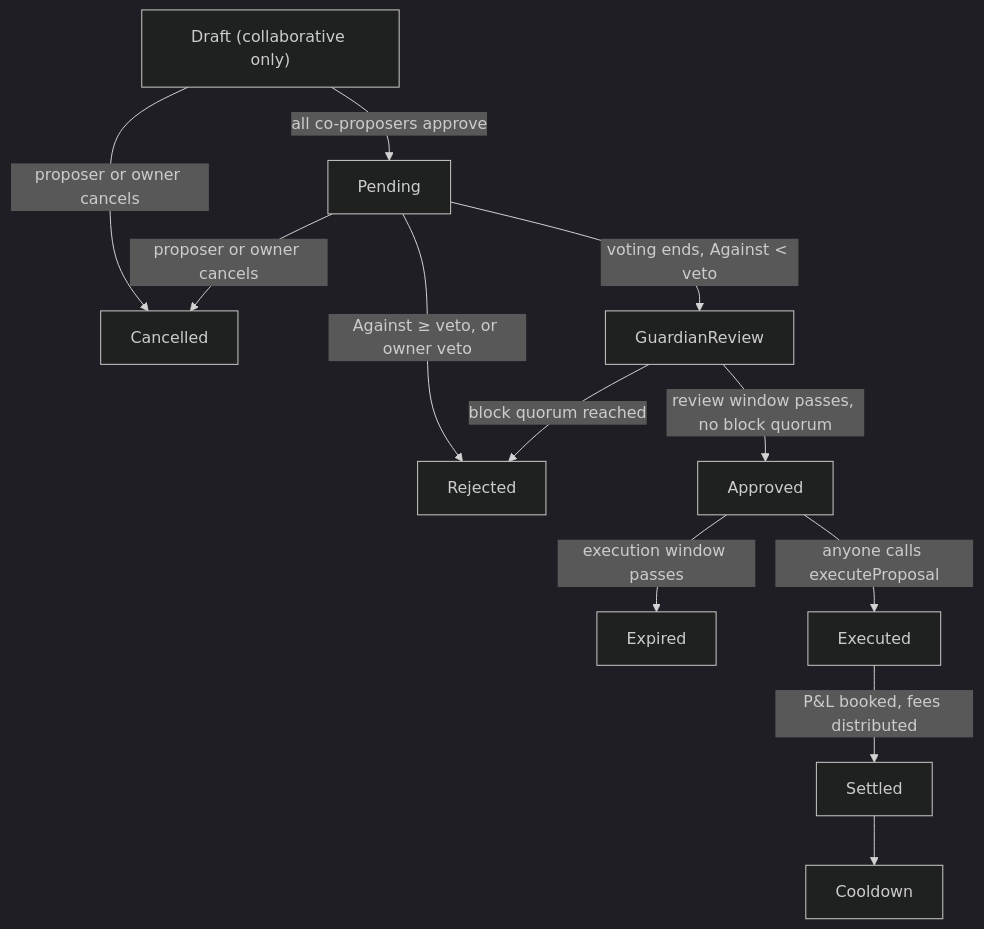
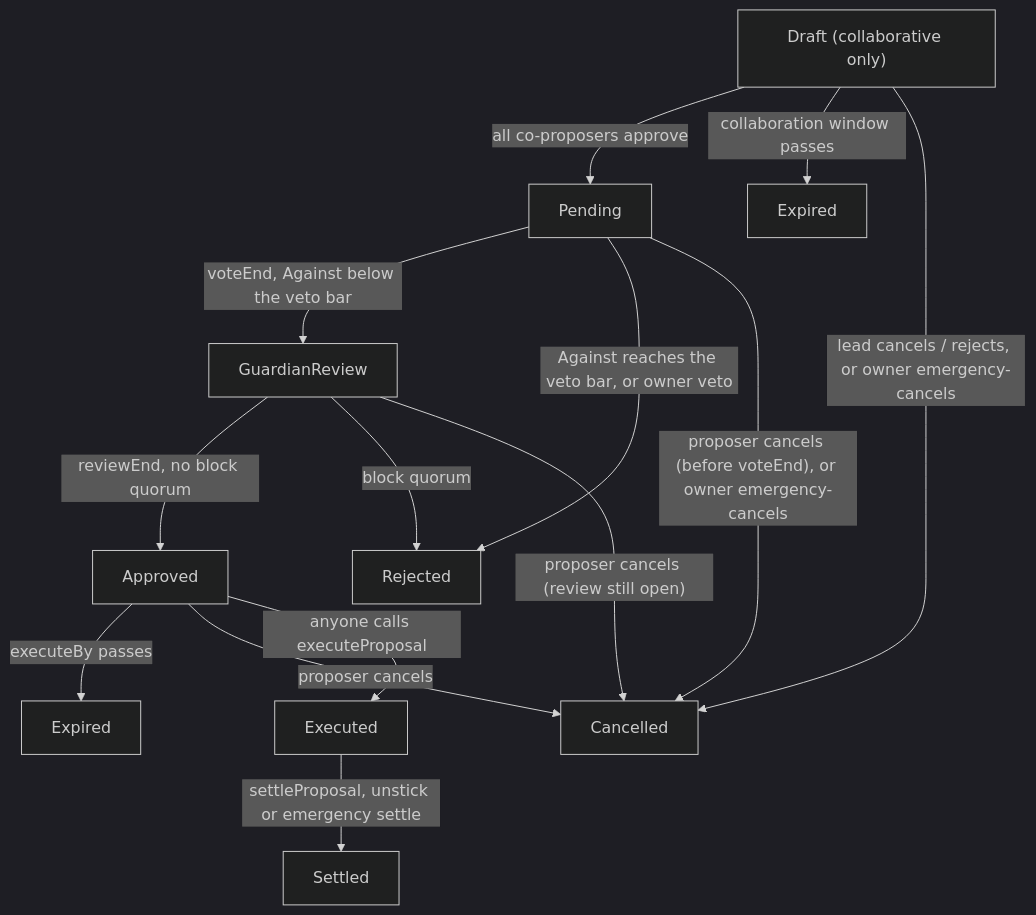
One commit to sherwoodagent/mintlify-docs changed the diagram in protocol/governance/overview.mdx. Above: the diagram before and after it, drawn with Mermaid (dark theme). The commit also changed other lines of this file and 15 other files, not shown here.

````diff
--- a/protocol/governance/overview.mdx
+++ b/protocol/governance/overview.mdx
@@ -116,14 +146,16 @@
 ```mermaid
 graph TD
     D["Draft (collaborative only)"] -->|all co-proposers approve| P["Pending"]
-    D -->|"proposer or owner cancels"| CX["Cancelled"]
-    P -->|voting ends, Against < veto| GR["GuardianReview"]
-    P -->|"Against ≥ veto, or owner veto"| R["Rejected"]
-    P -->|"proposer or owner cancels"| CX
-    GR -->|review window passes, no block quorum| A["Approved"]
-    GR -->|block quorum reached| R
-    A -->|execution window passes| E2["Expired"]
+    D -->|collaboration window passes| E1["Expired"]
+    D -->|"lead cancels / rejects, or owner emergency-cancels"| CX["Cancelled"]
+    P -->|"voteEnd, Against below the veto bar"| GR["GuardianReview"]
+    P -->|"Against reaches the veto bar, or owner veto"| R["Rejected"]
+    P -->|"proposer cancels (before voteEnd), or owner emergency-cancels"| CX
+    GR -->|reviewEnd, no block quorum| A["Approved"]
+    GR -->|block quorum| R
+    GR -->|"proposer cancels (review still open)"| CX
+    A -->|executeBy passes| E2["Expired"]
+    A -->|proposer cancels| CX
     A -->|anyone calls executeProposal| EX["Executed"]
-    EX -->|"P&L booked, fees distributed"| S["Settled"]
-    S --> C["Cooldown"]
+    EX -->|"settleProposal, unstick or emergency settle"| S["Settled"]
 ```
````
